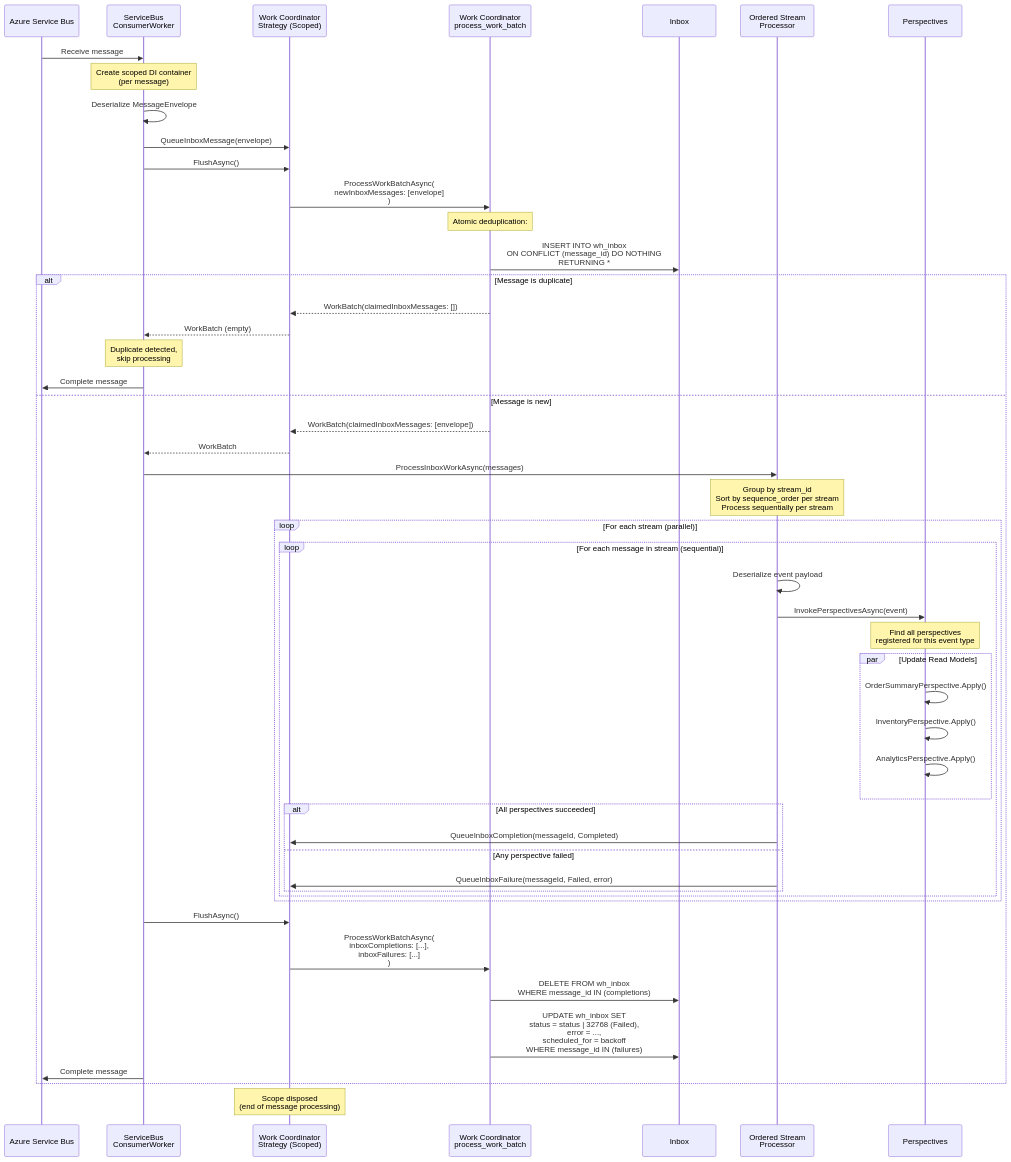
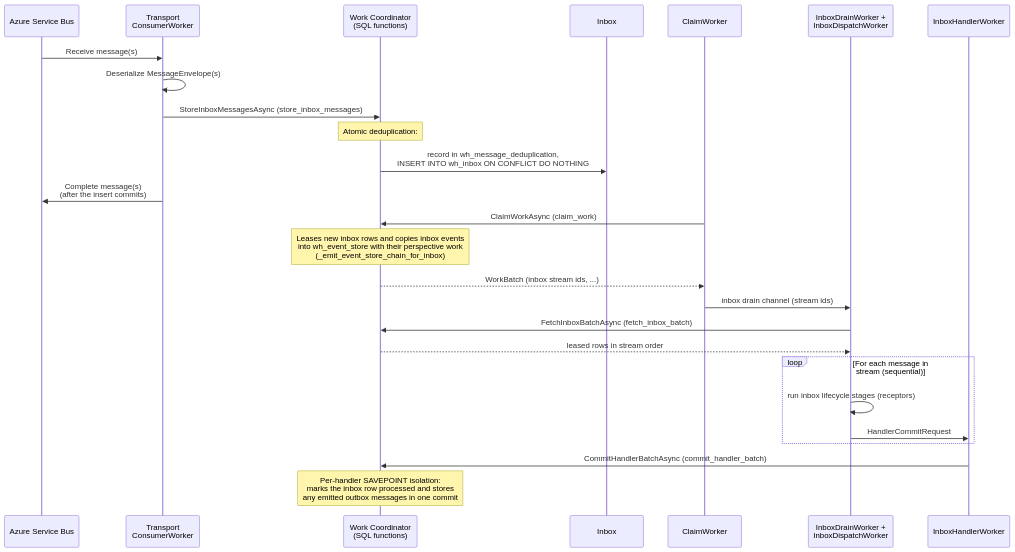
The fifth of 6 diagrams in src/assets/docs/v1.0.0/extending/internals/message-lifecycle.md (whizbang-lib/whizbang-lib.github.io), drawn with Mermaid before and after one commit. The commit also changed other lines of this file and 34 other files, not shown here.

First line of the commit message:
docs: collective queue head reads, WHIZ006 inheritance, diagnostic link targets, and process_work_batch removed

````diff
--- a/src/assets/docs/v1.0.0/extending/internals/message-lifecycle.md
+++ b/src/assets/docs/v1.0.0/extending/internals/message-lifecycle.md
@@ -309,76 +298,38 @@
-```mermaid{caption="Inbox consuming flow: atomic dedup insert, ordered per-stream perspective invocation via the Ordered Stream Processor, then completion reporting and Service Bus completion"}
+```mermaid{caption="Inbox consuming flow: deduplicating store, lease-based claim, per-stream fetch and handler dispatch, then batched handler commit"}
 sequenceDiagram
     participant ServiceBus as Azure Service Bus
-    participant ConsumerWorker as ServiceBus<br/>ConsumerWorker
-    participant WorkStrategy as Work Coordinator<br/>Strategy (Scoped)
-    participant WorkCoord as Work Coordinator<br/>process_work_batch
+    participant ConsumerWorker as Transport<br/>ConsumerWorker
+    participant WorkCoord as Work Coordinator<br/>(SQL functions)
     participant Inbox
-    participant OSP as Ordered Stream<br/>Processor
-    participant Perspectives
+    participant Claim as ClaimWorker
+    participant Drain as InboxDrainWorker +<br/>InboxDispatchWorker
+    participant Commit as InboxHandlerWorker
 
-    ServiceBus->>ConsumerWorker: Receive message
+    ServiceBus->>ConsumerWorker: Receive message(s)
 
-    Note over ConsumerWorker: Create scoped DI container<br/>(per message)
+    ConsumerWorker->>ConsumerWorker: Deserialize MessageEnvelope(s)
 
-    ConsumerWorker->>ConsumerWorker: Deserialize MessageEnvelope
-
-    ConsumerWorker->>WorkStrategy: QueueInboxMessage(envelope)
-
-    ConsumerWorker->>WorkStrategy: FlushAsync()
-
-    WorkStrategy->>WorkCoord: ProcessWorkBatchAsync(<br/>  newInboxMessages: [envelope]<br/>)
+    ConsumerWorker->>WorkCoord: StoreInboxMessagesAsync (store_inbox_messages)
 
     Note over WorkCoord: Atomic deduplication:
 
-    WorkCoord->>Inbox: INSERT INTO wh_inbox<br/>ON CONFLICT (message_id) DO NOTHING<br/>RETURNING *
+    WorkCoord->>Inbox: record in wh_message_deduplication,<br/>INSERT INTO wh_inbox ON CONFLICT DO NOTHING
 
-    alt Message is duplicate
-        WorkCoord-->>WorkStrategy: WorkBatch(claimedInboxMessages: [])
-        WorkStrategy-->>ConsumerWorker: WorkBatch (empty)
+    ConsumerWorker->>ServiceBus: Complete message(s)<br/>(after the insert commits)
 
-        Note over ConsumerWorker: Duplicate detected,<br/>skip processing
+    Claim->>WorkCoord: ClaimWorkAsync (claim_work)
+    Note over WorkCoord: Leases new inbox rows and copies inbox events<br/>into wh_event_store with their perspective work<br/>(_emit_event_store_chain_for_inbox)
+    WorkCoord-->>Claim: WorkBatch (inbox stream ids, ...)
 
-        ConsumerWorker->>ServiceBus: Complete message
-    else Message is new
-        WorkCoord-->>WorkStrategy: WorkBatch(claimedInboxMessages: [envelope])
-        WorkStrategy-->>ConsumerWorker: WorkBatch
+    Claim->>Drain: inbox drain channel (stream ids)
+    Drain->>WorkCoord: FetchInboxBatchAsync (fetch_inbox_batch)
+    WorkCoord-->>Drain: leased rows in stream order
 
-        ConsumerWorker->>OSP: ProcessInboxWorkAsync(messages)
-
-        Note over OSP: Group by stream_id<br/>Sort by sequence_order per stream<br/>Process sequentially per stream
-
-        loop For each stream (parallel)
-            loop For each message in stream (sequential)
-                OSP->>OSP: Deserialize event payload
-
-                OSP->>Perspectives: InvokePerspectivesAsync(event)
-
-                Note over Perspectives: Find all perspectives<br/>registered for this event type
-
-                par Update Read Models
-                    Perspectives->>Perspectives: OrderSummaryPerspective.Apply()
-                    Perspectives->>Perspectives: InventoryPerspective.Apply()
-                    Perspectives->>Perspectives: AnalyticsPerspective.Apply()
-                end
-
-                alt All perspectives succeeded
-                    OSP->>WorkStrategy: QueueInboxCompletion(messageId, Completed)
-                else Any perspective failed
-                    OSP->>WorkStrategy: QueueInboxFailure(messageId, Failed, error)
-                end
-            end
-        end
-
-        ConsumerWorker->>WorkStrategy: FlushAsync()
-
-        WorkStrategy->>WorkCoord: ProcessWorkBatchAsync(<br/>  inboxCompletions: [...],<br/>  inboxFailures: [...]<br/>)
-
-        WorkCoord->>Inbox: DELETE FROM wh_inbox<br/>WHERE message_id IN (completions)
-
-        WorkCoord->>Inbox: UPDATE wh_inbox SET<br/>  status = status | 32768 (Failed),<br/>  error = ...,<br/>  scheduled_for = backoff<br/>WHERE message_id IN (failures)
-
-        ConsumerWorker->>ServiceBus: Complete message
+    loop For each message in stream (sequential)
+        Drain->>Drain: run inbox lifecycle stages (receptors)
+        Drain->>Commit: HandlerCommitRequest
     end
 
-    Note over WorkStrategy: Scope disposed<br/>(end of message processing)
+    Commit->>WorkCoord: CommitHandlerBatchAsync (commit_handler_batch)
+    Note over WorkCoord: Per-handler SAVEPOINT isolation:<br/>marks the inbox row processed and stores<br/>any emitted outbox messages in one commit
 ```
````
